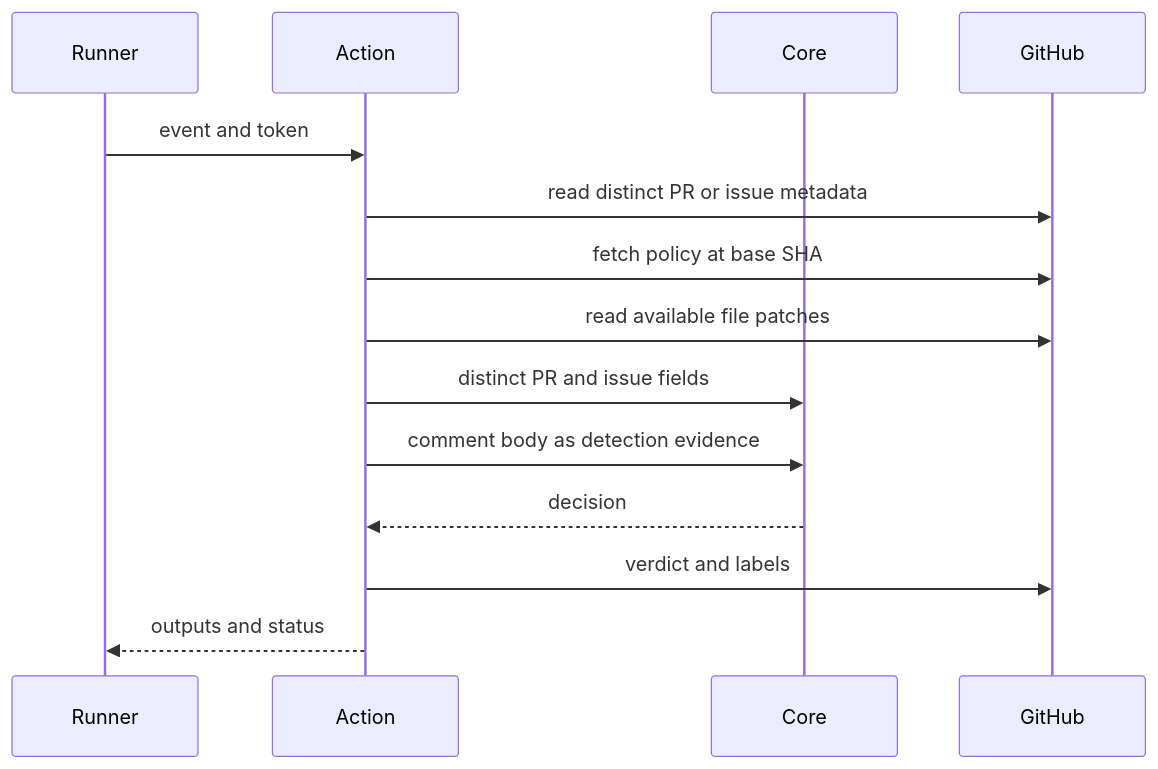
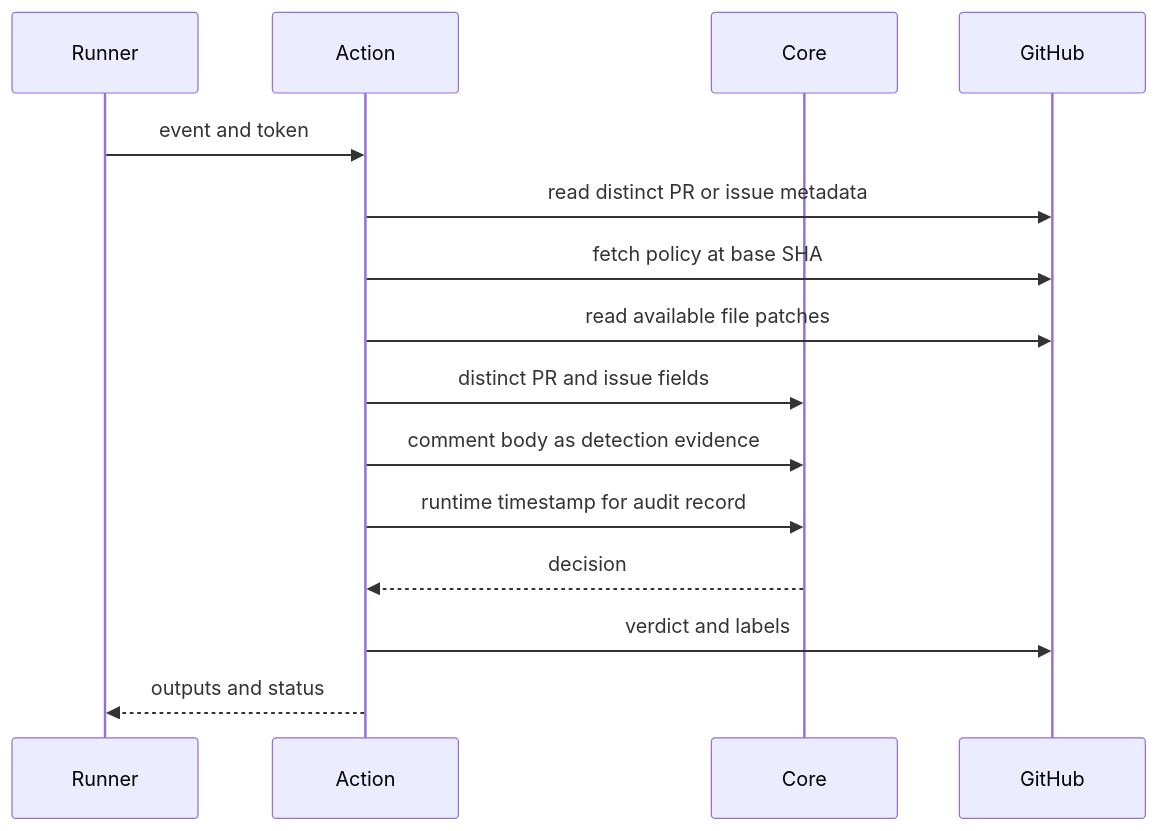
One commit to streamentry/AGENTOWNERS changed the second of 2 diagrams in packages/github-action/AGENTS.md. Above: the diagram before and after it, drawn with Mermaid. The commit also changed other lines of this file and 8 other files, not shown here.

Commit message:
fix(core): make audit rendering deterministic

````diff
--- a/packages/github-action/AGENTS.md
+++ b/packages/github-action/AGENTS.md
@@ -38,16 +42,17 @@
 ```mermaid
 sequenceDiagram
   participant Runner
   participant Action
   participant Core
   participant GitHub
   Runner->>Action: event and token
   Action->>GitHub: read distinct PR or issue metadata
   Action->>GitHub: fetch policy at base SHA
   Action->>GitHub: read available file patches
   Action->>Core: distinct PR and issue fields
   Action->>Core: comment body as detection evidence
+  Action->>Core: runtime timestamp for audit record
   Core-->>Action: decision
   Action->>GitHub: verdict and labels
   Action-->>Runner: outputs and status
 ```
````
